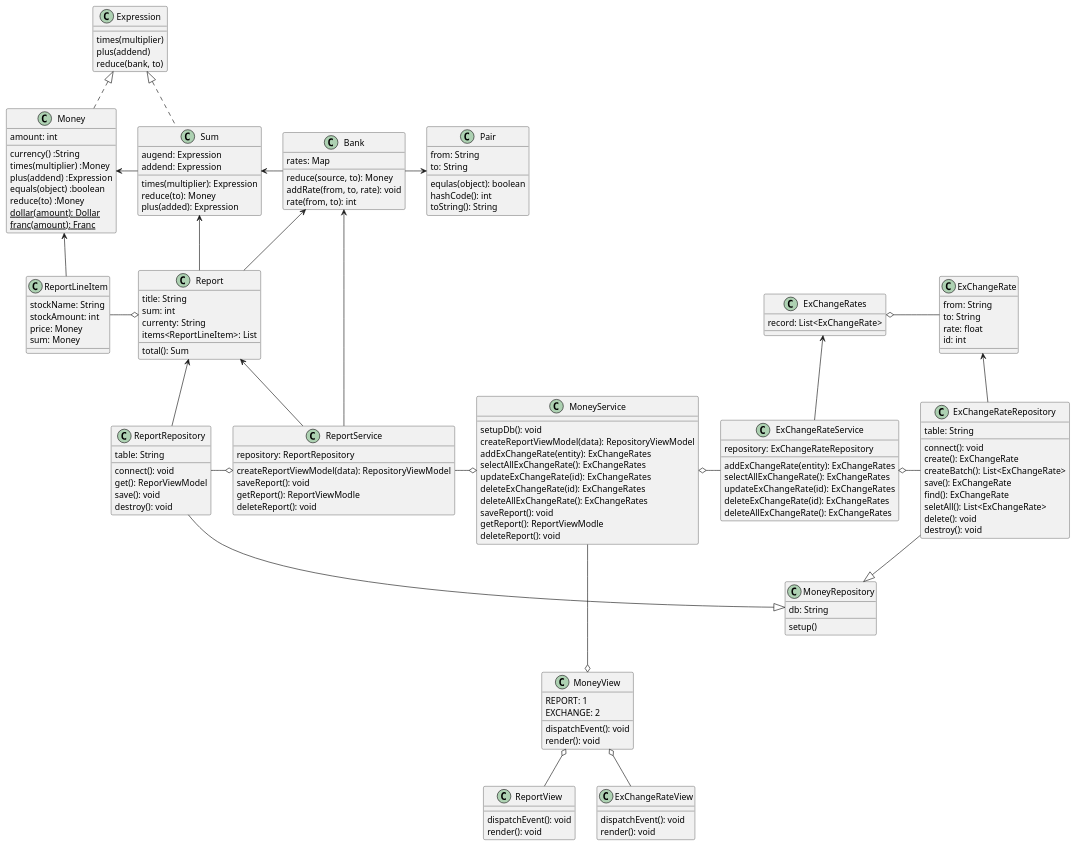
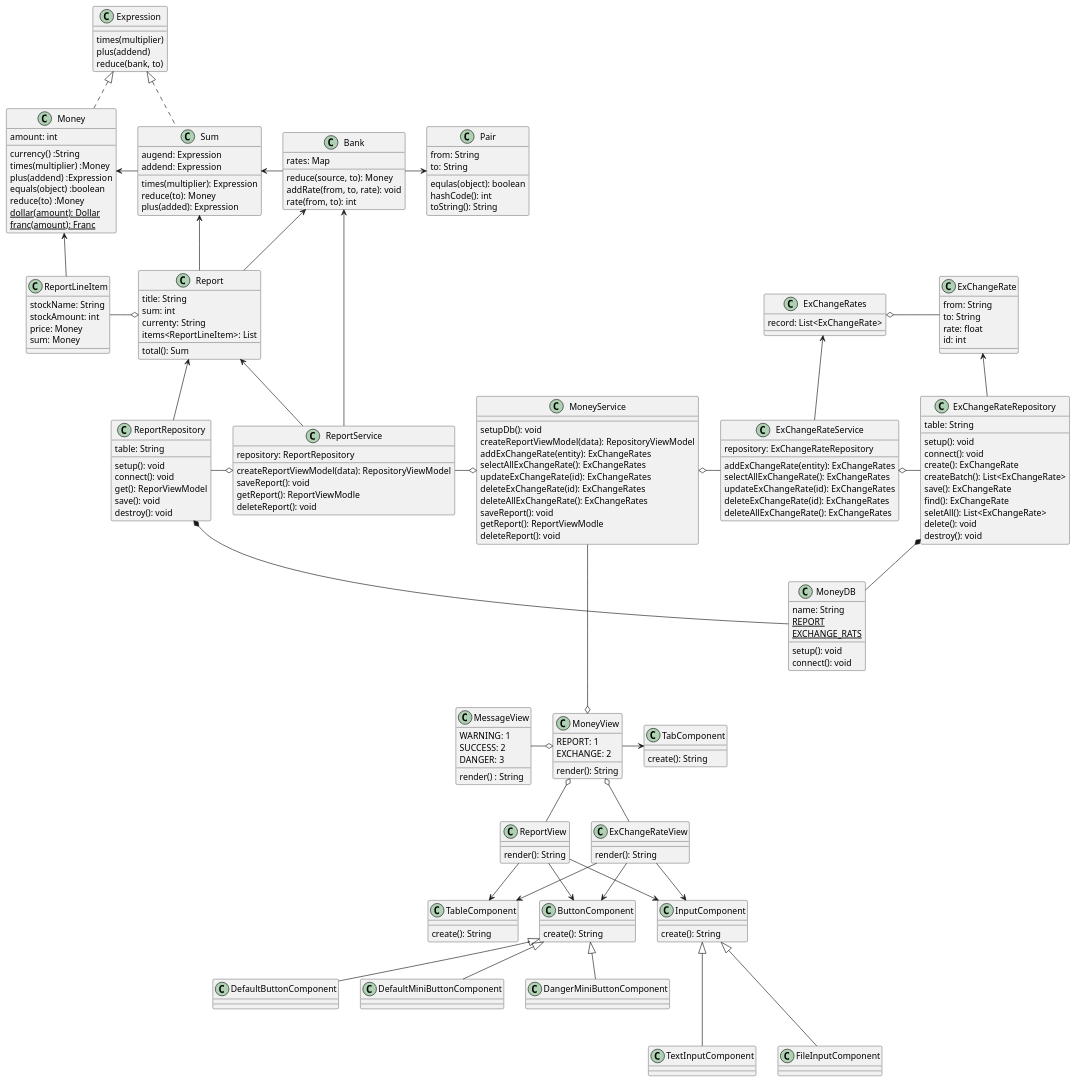
Before and after one commit to hiroshima-arc/pragmatic_programing: the diagram in docs/src/spec/the_money_example.adoc, drawn with PlantUML. The commit also changed other lines of this file and 3 other files, not shown here.

```diff
--- a/docs/src/spec/the_money_example.adoc
+++ b/docs/src/spec/the_money_example.adoc
@@ -166,12 +169,16 @@
   deleteExChangeRate(id): ExChangeRates
   deleteAllExChangeRate(): ExChangeRates
 }
-class MoneyRepository {
-  db: String
-  setup()
+class MoneyDB {
+  name: String
+  {static}REPORT
+  {static}EXCHANGE_RATS
+  setup(): void
+  connect(): void
 }
 class ReportRepository {
   table: String
+  setup(): void
   connect(): void
   get(): ReporViewModel
   save(): void
@@ -179,6 +186,7 @@
 }
 class ExChangeRateRepository {
   table: String
+  setup(): void
   connect(): void
   create(): ExChangeRate
   createBatch(): List<ExChangeRate>
@@ -191,16 +199,31 @@
 class MoneyView {
   REPORT: 1
   EXCHANGE: 2
-  dispatchEvent(): void
-  render(): void
+  render(): String
 }
 class ReportView {
-  dispatchEvent(): void
-  render(): void
+  render(): String
 }
 class ExChangeRateView {
-  dispatchEvent(): void
-  render(): void
+  render(): String
+}
+class TabComponent {
+  create(): String
+}
+class TableComponent {
+  create(): String
+}
+class ButtonComponent {
+  create(): String
+}
+class InputComponent {
+  create(): String
+}
+class MessageView {
+  WARNING: 1
+  SUCCESS: 2
+  DANGER: 3
+  render() : String
 }
 Expression <|.. Money
 Expression <|.. Sum
@@ -218,12 +241,25 @@
 ReportRepository -o ReportService
 Report <- ReportRepository
 ExChangeRateService o- ExChangeRateRepository
-ReportRepository --|> MoneyRepository 
-ExChangeRateRepository --|> MoneyRepository 
+ReportRepository *-- MoneyDB 
+ExChangeRateRepository *-- MoneyDB 
 ReportLineItem -o Report
 Report <-- ReportService
 Bank <-- ReportService
 MoneyService ---o MoneyView
 MoneyView o-- ExChangeRateView
 MoneyView o-- ReportView
+MoneyView -> TabComponent
+MessageView -o MoneyView
+ReportView --> TableComponent
+ReportView --> ButtonComponent 
+ReportView --> InputComponent
+ExChangeRateView --> TableComponent
+ExChangeRateView --> ButtonComponent
+ExChangeRateView --> InputComponent
+ButtonComponent <|-- DefaultButtonComponent
+ButtonComponent <|-- DefaultMiniButtonComponent
+ButtonComponent <|-- DangerMiniButtonComponent
+InputComponent <|--- FileInputComponent
+InputComponent <|--- TextInputComponent
 ----
```
